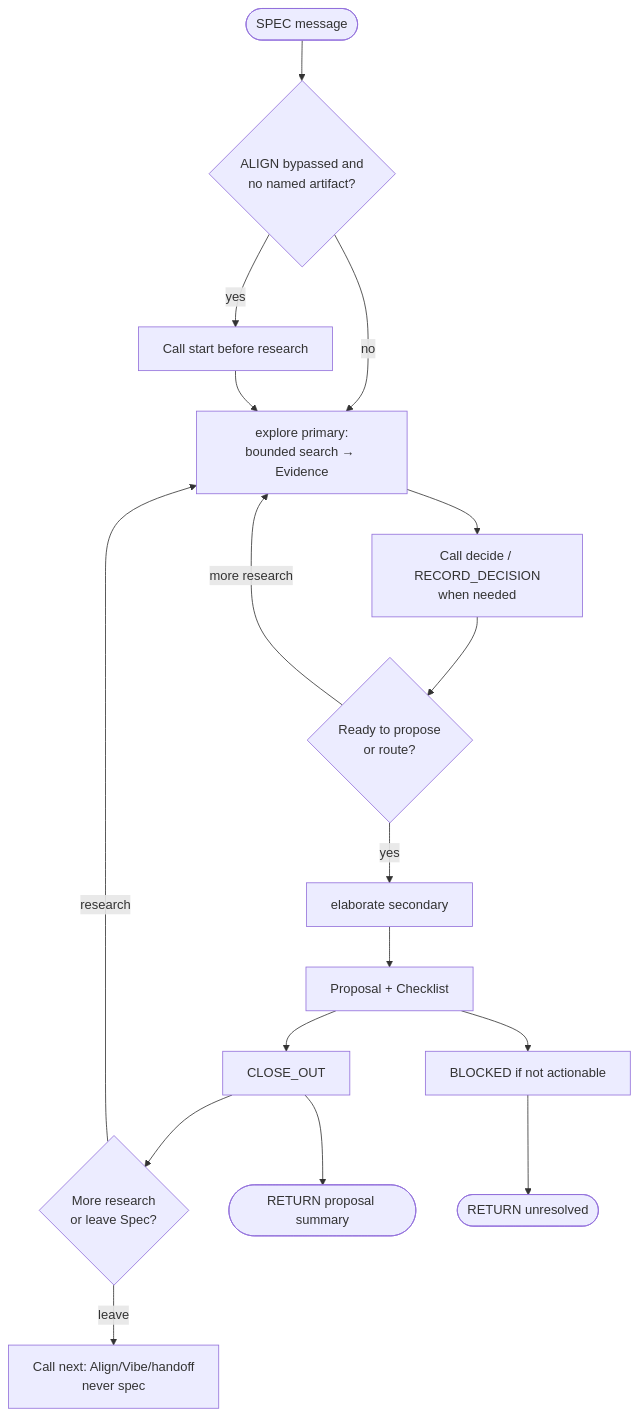
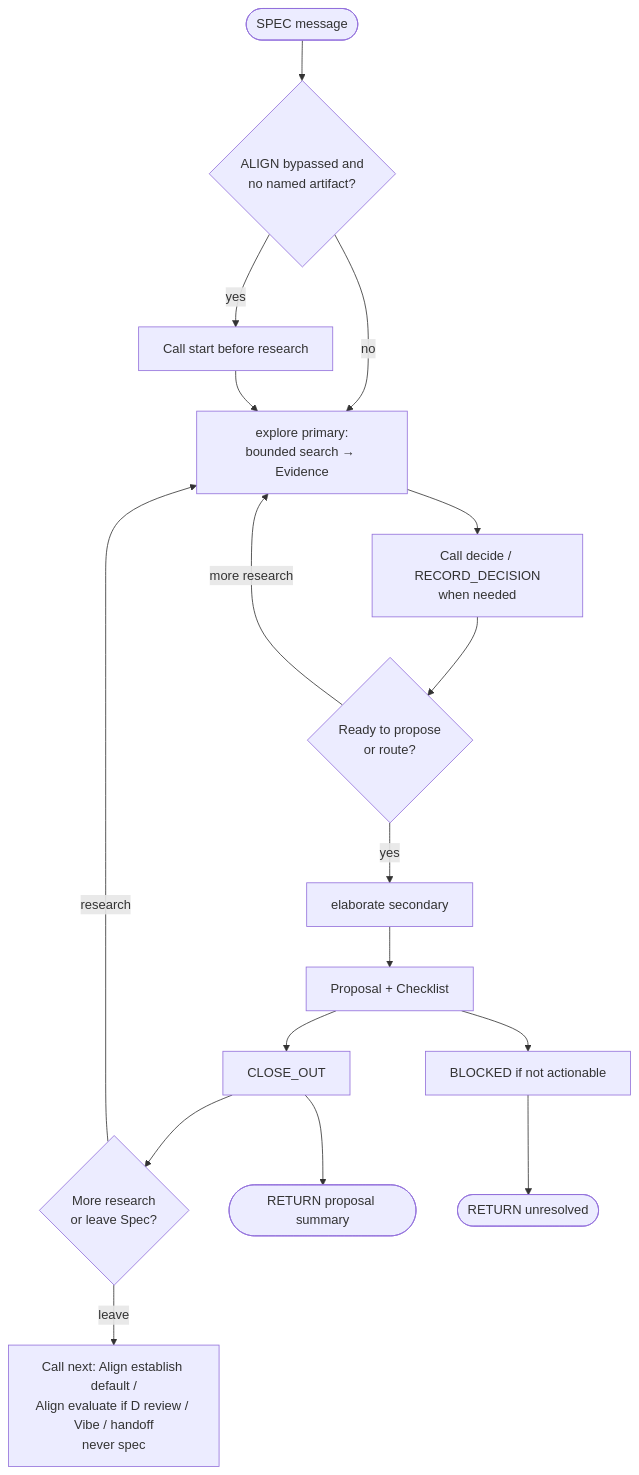
One commit to dhumdil-apps/pi-director changed the fifth of 12 diagrams in docs/AGENT-WORKFLOW-DIAGRAMS.md. Above: the diagram before and after it, drawn with Mermaid. The commit also changed other lines of this file and 6 other files, not shown here.

````diff
--- a/docs/AGENT-WORKFLOW-DIAGRAMS.md
+++ b/docs/AGENT-WORKFLOW-DIAGRAMS.md
@@ -125,19 +127,19 @@
 ```mermaid
 flowchart TD
     Enter([SPEC message]) --> Prep{ALIGN bypassed and<br/>no named artifact?}
     Prep -- yes --> Start[Call start before research]
     Prep -- no --> Research
     Start --> Research[explore primary:<br/>bounded search → Evidence]
     Research --> Decision[Call decide / RECORD_DECISION<br/>when needed]
     Decision --> Gate{Ready to propose<br/>or route?}
     Gate -- more research --> Research
     Gate -- yes --> Elab[elaborate secondary]
     Elab --> Draft[Proposal + Checklist]
     Draft --> Close[CLOSE_OUT]
     Close --> Route{More research<br/>or leave Spec?}
     Route -- research --> Research
-    Route -- leave --> Next["Call next: Align/Vibe/handoff<br/>never spec"]
+    Route -- leave --> Next["Call next: Align establish default /<br/>Align evaluate if D review / Vibe / handoff<br/>never spec"]
     Close --> Done([RETURN proposal summary])
     Draft --> Blocked[BLOCKED if not actionable]
     Blocked --> Stop([RETURN unresolved])
 ```
````
